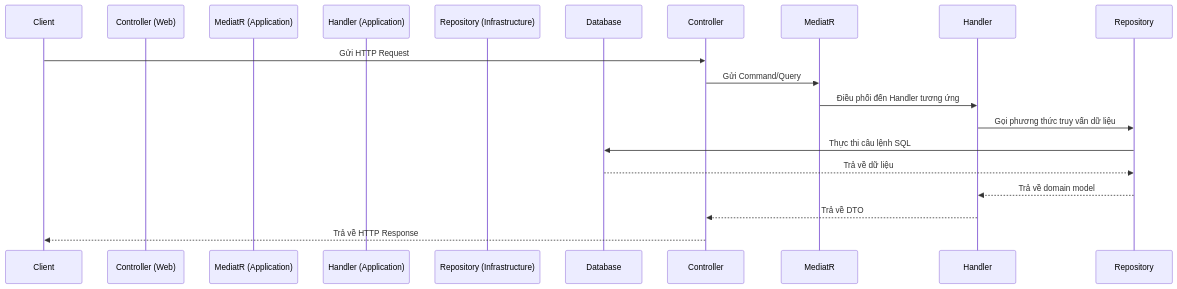
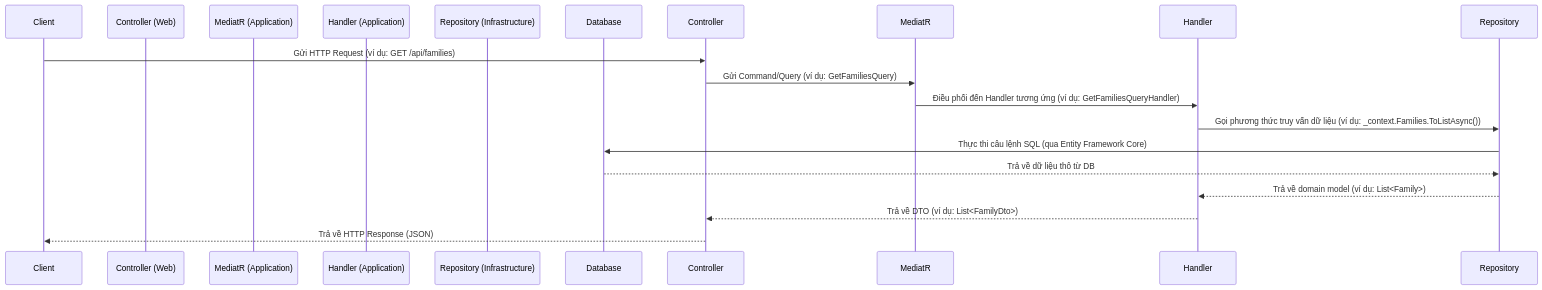
The diagram in docs/engineering/backend-guide.md (hkthao/family-tree-3), drawn with Mermaid before and after one commit. The commit also changed other lines of this file and 15 other files, not shown here.

````diff
--- a/docs/engineering/backend-guide.md
+++ b/docs/engineering/backend-guide.md
@@ -52,19 +51,19 @@
 ```mermaid
 sequenceDiagram
     participant Client
     participant Controller (Web)
     participant MediatR (Application)
     participant Handler (Application)
     participant Repository (Infrastructure)
     participant Database
 
-    Client->>Controller: Gửi HTTP Request
-    Controller->>MediatR: Gửi Command/Query
-    MediatR->>Handler: Điều phối đến Handler tương ứng
-    Handler->>Repository: Gọi phương thức truy vấn dữ liệu
-    Repository->>Database: Thực thi câu lệnh SQL
-    Database-->>Repository: Trả về dữ liệu
-    Repository-->>Handler: Trả về domain model
-    Handler-->>Controller: Trả về DTO
-    Controller-->>Client: Trả về HTTP Response
+    Client->>Controller: Gửi HTTP Request (ví dụ: GET /api/families)
+    Controller->>MediatR: Gửi Command/Query (ví dụ: GetFamiliesQuery)
+    MediatR->>Handler: Điều phối đến Handler tương ứng (ví dụ: GetFamiliesQueryHandler)
+    Handler->>Repository: Gọi phương thức truy vấn dữ liệu (ví dụ: _context.Families.ToListAsync())
+    Repository->>Database: Thực thi câu lệnh SQL (qua Entity Framework Core)
+    Database-->>Repository: Trả về dữ liệu thô từ DB
+    Repository-->>Handler: Trả về domain model (ví dụ: List<Family>)
+    Handler-->>Controller: Trả về DTO (ví dụ: List<FamilyDto>)
+    Controller-->>Client: Trả về HTTP Response (JSON)
 ```
````
